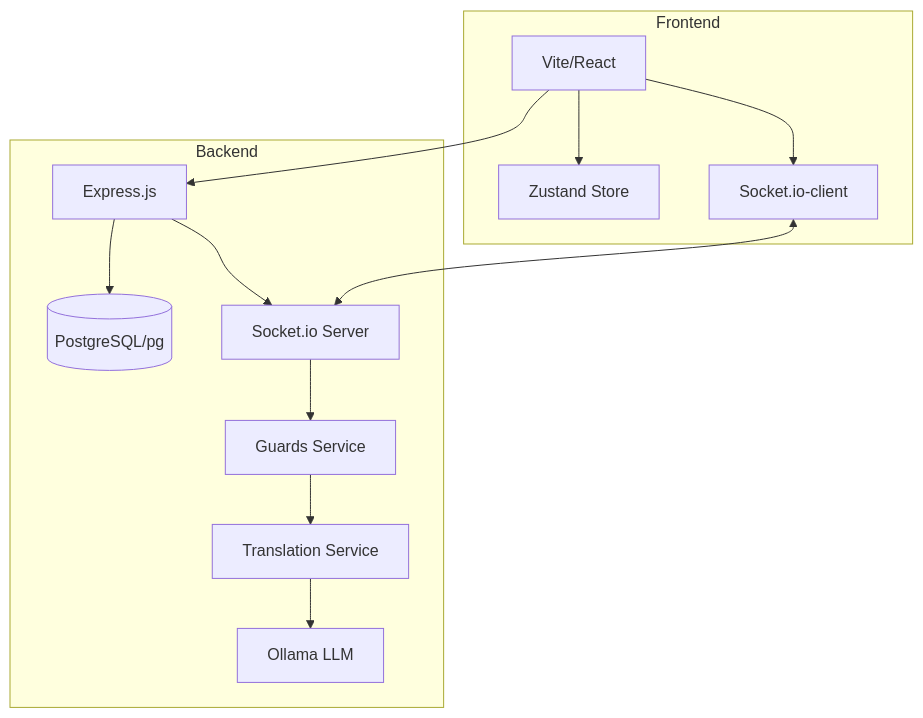
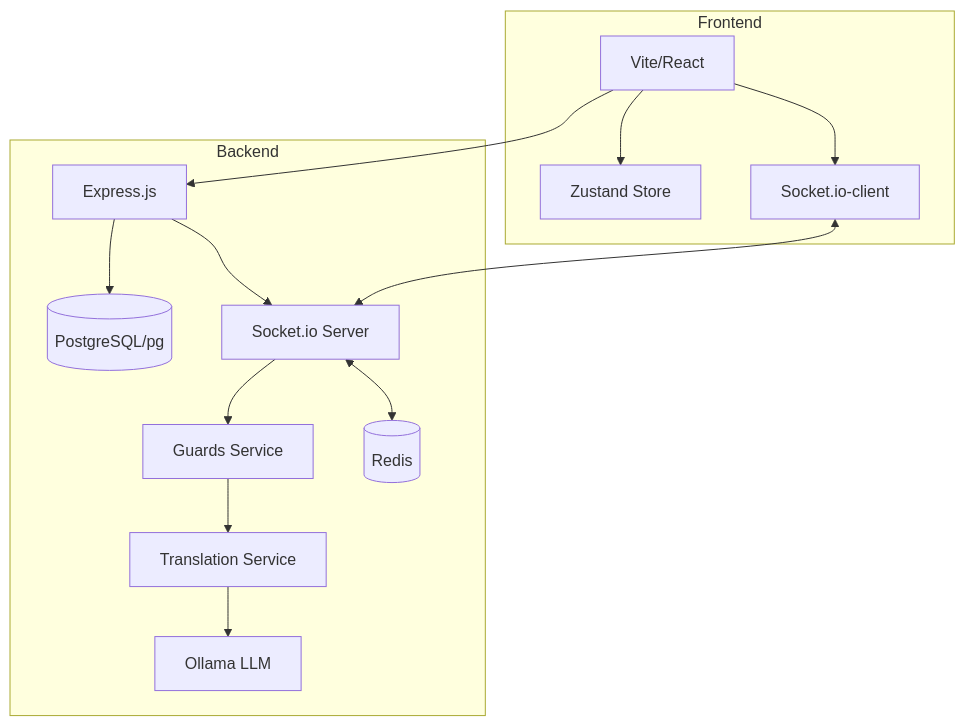
Before and after one commit to Nathanhael/guichet: the first of 2 diagrams in ARCHITECTURE.md, drawn with Mermaid. The commit also changed other lines of this file and 18 other files, not shown here.

````diff
--- a/ARCHITECTURE.md
+++ b/ARCHITECTURE.md
@@ -9,18 +9,19 @@
 ```mermaid
 graph TD
     subgraph Frontend
         V[Vite/React] --> S[Zustand Store]
         V --> SC[Socket.io-client]
     end
 
     subgraph Backend
         EX[Express.js] --> DB[(PostgreSQL/pg)]
         EX --> SI[Socket.io Server]
         SI --> GS[Guards Service]
         GS --> TR[Translation Service]
         TR --> OL[Ollama LLM]
+        SI <--> RD[(Redis)]
     end
 
     SC <--> SI
     V --> EX
 ```
````
